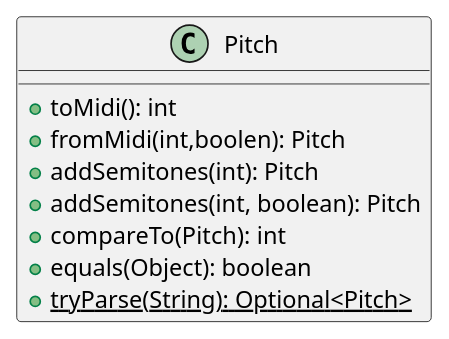
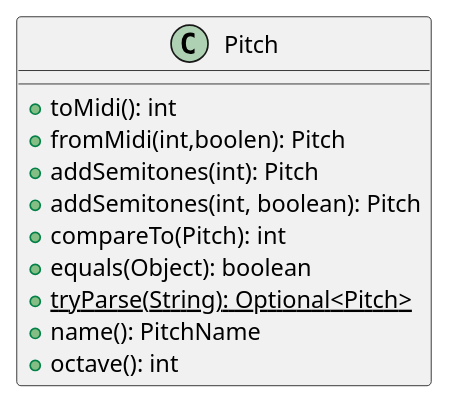
One commit to bmb0136/COMP-4710 changed the diagram in docs/theory/pitch.iuml. Above: the diagram before and after it, drawn with PlantUML. The commit also changed 1 other file, not shown here.

Commit message:
fixed up pitch.iuml

```diff
--- a/docs/theory/pitch.iuml
+++ b/docs/theory/pitch.iuml
@@ -1,11 +1,13 @@
 @startuml Pitch object
 class Pitch{
     + toMidi(): int
     + fromMidi(int,boolen): Pitch
     + addSemitones(int): Pitch
     + addSemitones(int, boolean): Pitch
     + compareTo(Pitch): int
     + equals(Object): boolean
     + {static} tryParse(String): Optional<Pitch>
+    + name(): PitchName
+    + octave(): int
     }
 @enduml
```
